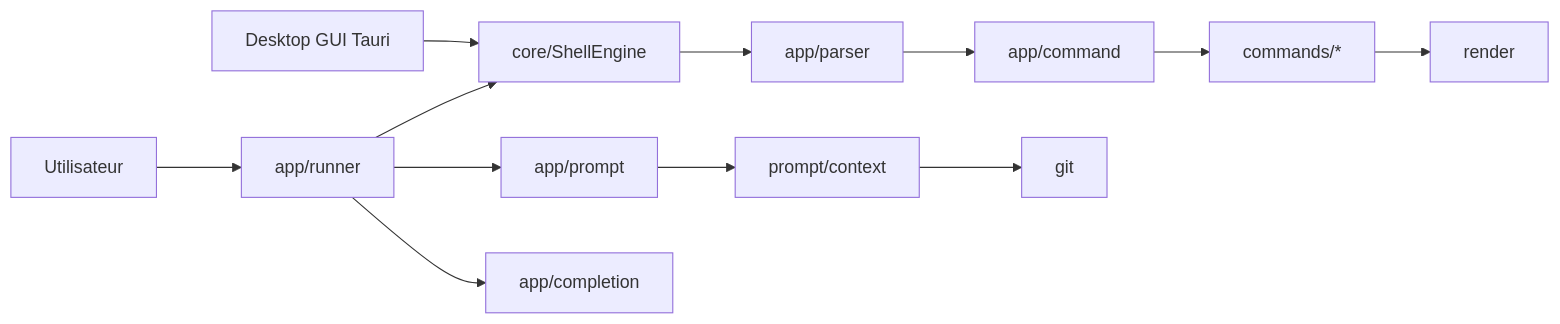
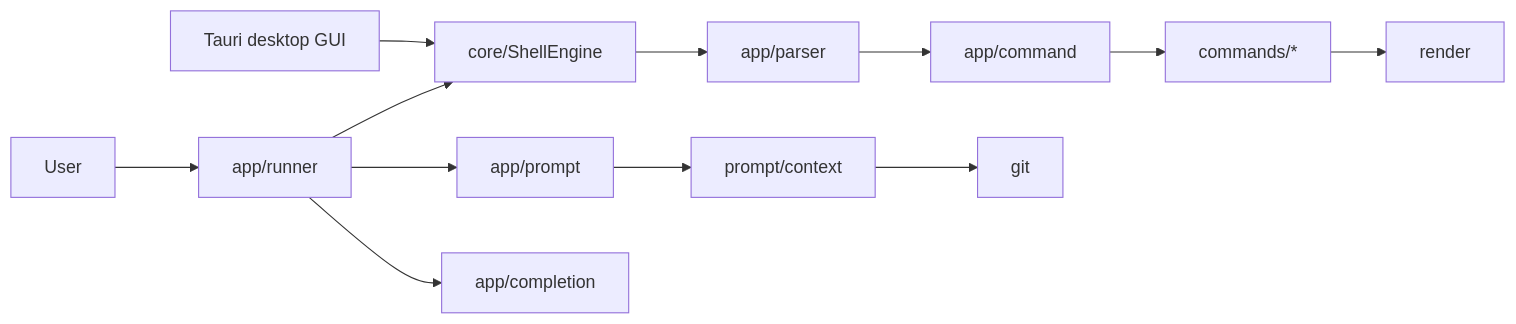
The diagram in docs/architecture/overview.md (Blazorde/terminal_rust), drawn with Mermaid before and after one commit. The commit also changed other lines of this file and 37 other files, not shown here.

````diff
--- a/docs/architecture/overview.md
+++ b/docs/architecture/overview.md
@@ -10,14 +9,14 @@
 ```mermaid
 flowchart LR
-    User[Utilisateur] --> Runner[app/runner]
+    User[User] --> Runner[app/runner]
     Runner --> Engine[core/ShellEngine]
-    GUI[Desktop GUI Tauri] --> Engine
+    GUI[Tauri desktop GUI] --> Engine
     Engine --> Parser[app/parser]
     Parser --> Dispatcher[app/command]
     Dispatcher --> Commands[commands/*]
     Commands --> Render[render]
     Runner --> Prompt[app/prompt]
     Prompt --> Context[prompt/context]
     Context --> Git[git]
     Runner --> Completion[app/completion]
 ```
````
